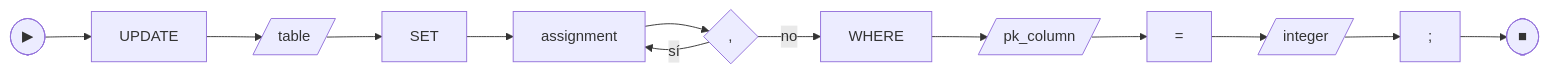
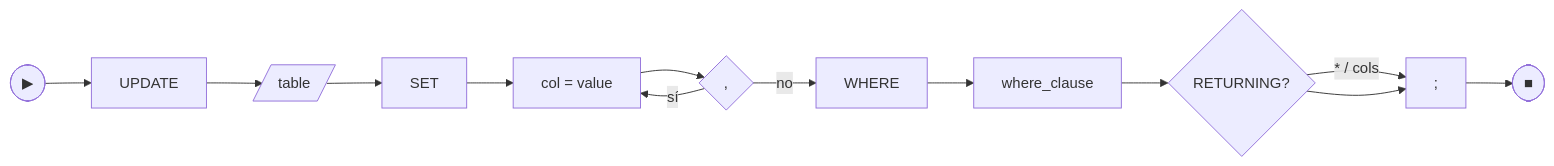
Before and after one commit to vladimiracunadev-create/gabysql: diagram 14 of 17 in docs/SQL_REFERENCE.md, drawn with Mermaid. The commit also changed other lines of this file and 2 other files, not shown here.

````diff
--- a/docs/SQL_REFERENCE.md
+++ b/docs/SQL_REFERENCE.md
@@ -813,9 +857,12 @@
 ```mermaid
 flowchart LR
     S([▶]) --> U[UPDATE] --> T[/table/]
-    T --> SET[SET] --> A[assignment]
+    T --> SET[SET] --> A[col = value]
     A --> COMMA{","}
     COMMA -- "sí" --> A
     COMMA -- "no" --> WH[WHERE]
-    WH --> PK[/pk_column/] --> EQ["="] --> N[/integer/] --> SEMI[";"] --> E([■])
+    WH --> WC[where_clause] --> RET{RETURNING?}
+    RET -- "*  /  cols" --> SEMI[";"]
+    RET --> SEMI
+    SEMI --> E([■])
 ```
````
